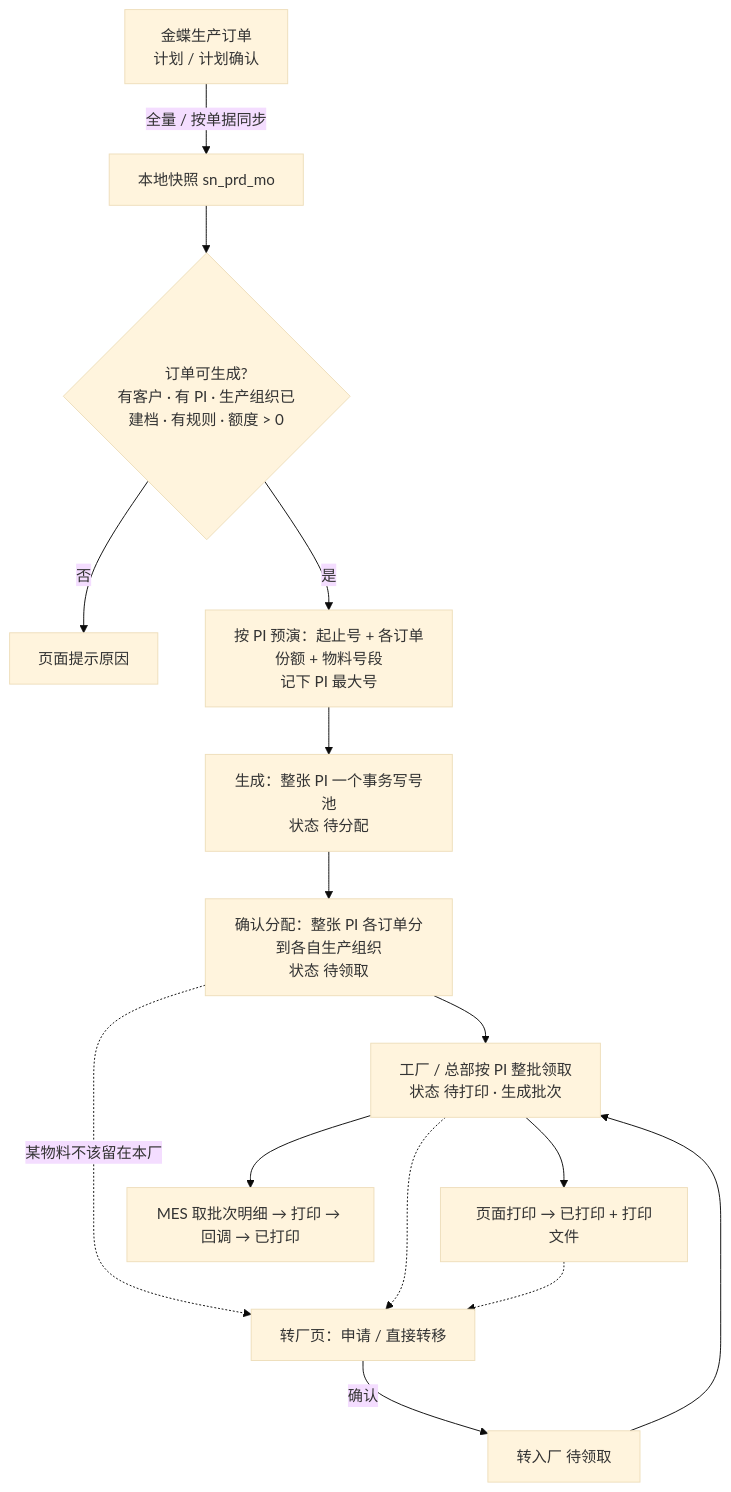
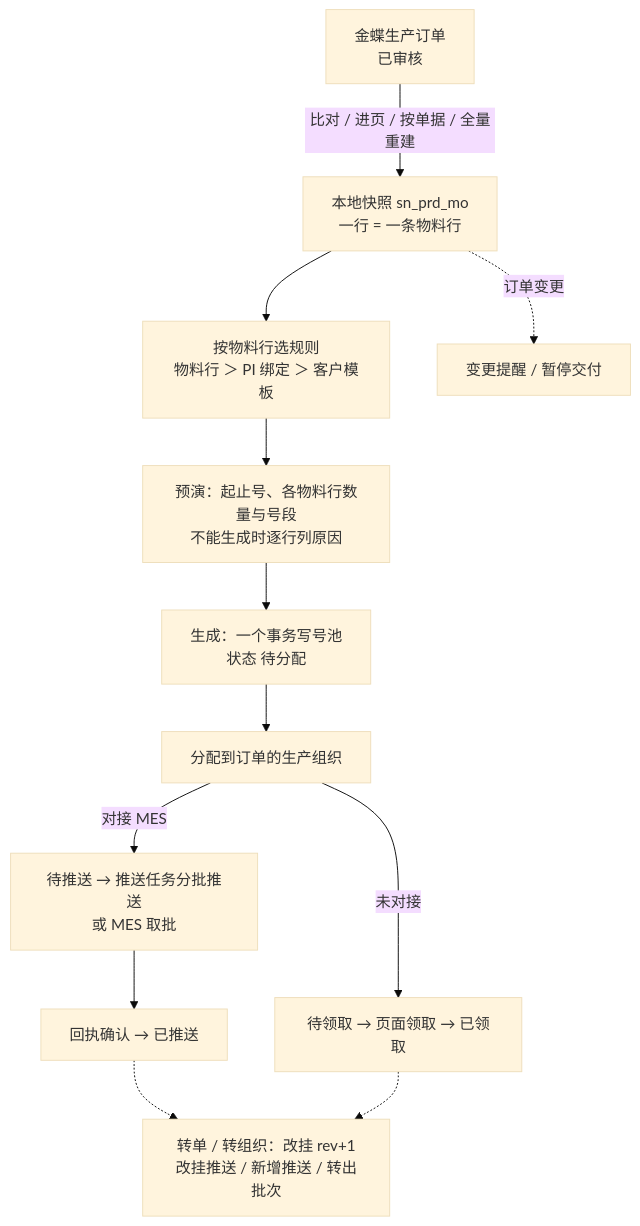
One commit to Createsnow/sn-center changed the third of 14 diagrams in docs/技术文档.md. Above: the diagram before and after it, drawn with Mermaid (base theme). The commit also changed other lines of this file and 83 other files, not shown here.

First line of the commit message:
前端与文档按 PRD V30 重写：生产组织术语、MES 对接配置与接口账户、交付批次与回执、页面领取、转单与转组织、按组织时区显示

````diff
--- a/docs/技术文档.md
+++ b/docs/技术文档.md
@@ -123,16 +212,14 @@
 ```mermaid
 flowchart TD
-    A[金蝶生产订单<br/>计划 / 计划确认] -->|全量 / 按单据同步| B[本地快照 sn_prd_mo]
-    B --> C{订单可生成?<br/>有客户 · 有 PI · 生产组织已建档 · 有规则 · 额度 > 0}
-    C -->|否| C1[页面提示原因]
-    C -->|是| D[按 PI 预演：起止号 + 各订单份额 + 物料号段<br/>记下 PI 最大号]
-    D --> E[生成：整张 PI 一个事务写号池<br/>状态 待分配]
-    E --> F[确认分配：整张 PI 各订单分到各自生产组织<br/>状态 待领取]
-    F --> G[工厂 / 总部按 PI 整批领取<br/>状态 待打印 · 生成批次]
-    G --> H1[页面打印 → 已打印 + 打印文件]
-    G --> H2[MES 取批次明细 → 打印 → 回调 → 已打印]
-    F -.某物料不该留在本厂.-> T[转厂页：申请 / 直接转移]
-    G -.-> T
-    H1 -.-> T
-    T -->|确认| F2[转入厂 待领取] --> G
+    A[金蝶生产订单<br/>已审核] -->|比对 / 进页 / 按单据 / 全量重建| B[本地快照 sn_prd_mo<br/>一行 = 一条物料行]
+    B --> R[按物料行选规则<br/>物料行 ＞ PI 绑定 ＞ 客户模板]
+    R --> D[预演：起止号、各物料行数量与号段<br/>不能生成时逐行列原因]
+    D --> E[生成：一个事务写号池<br/>状态 待分配]
+    E --> F[分配到订单的生产组织]
+    F -->|对接 MES| P[待推送 → 推送任务分批推送<br/>或 MES 取批]
+    F -->|未对接| Q[待领取 → 页面领取 → 已领取]
+    P --> P1[回执确认 → 已推送]
+    B -.订单变更.-> X[变更提醒 / 暂停交付]
+    P1 -.-> T[转单 / 转组织：改挂 rev+1<br/>改挂推送 / 新增推送 / 转出批次]
+    Q -.-> T
 ```
````
